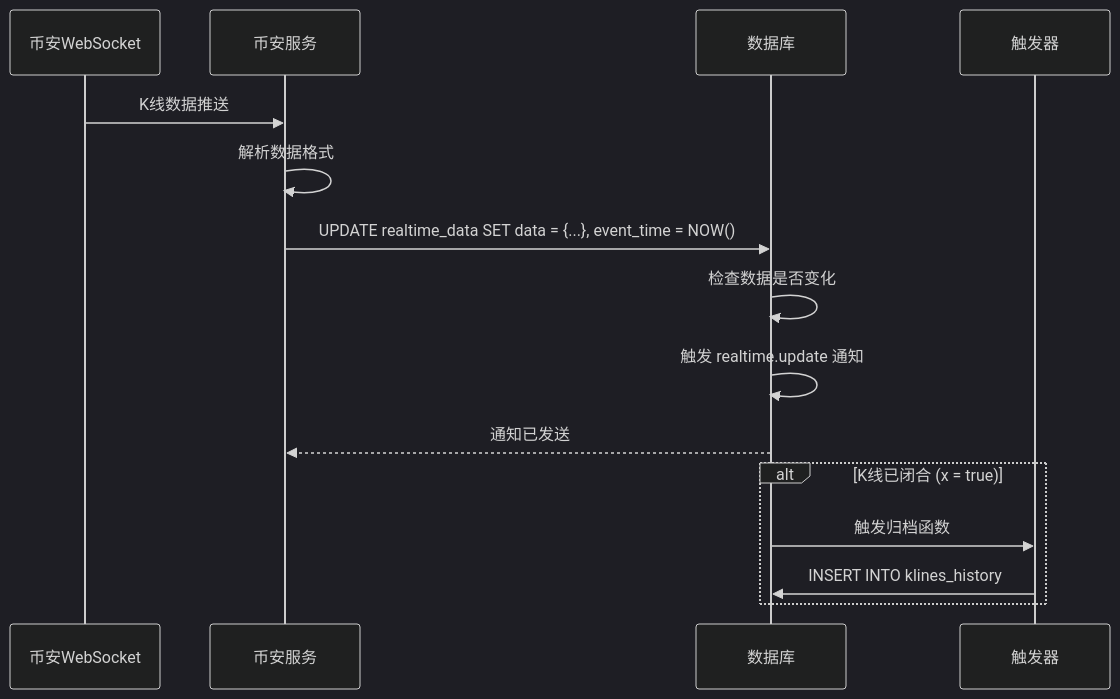
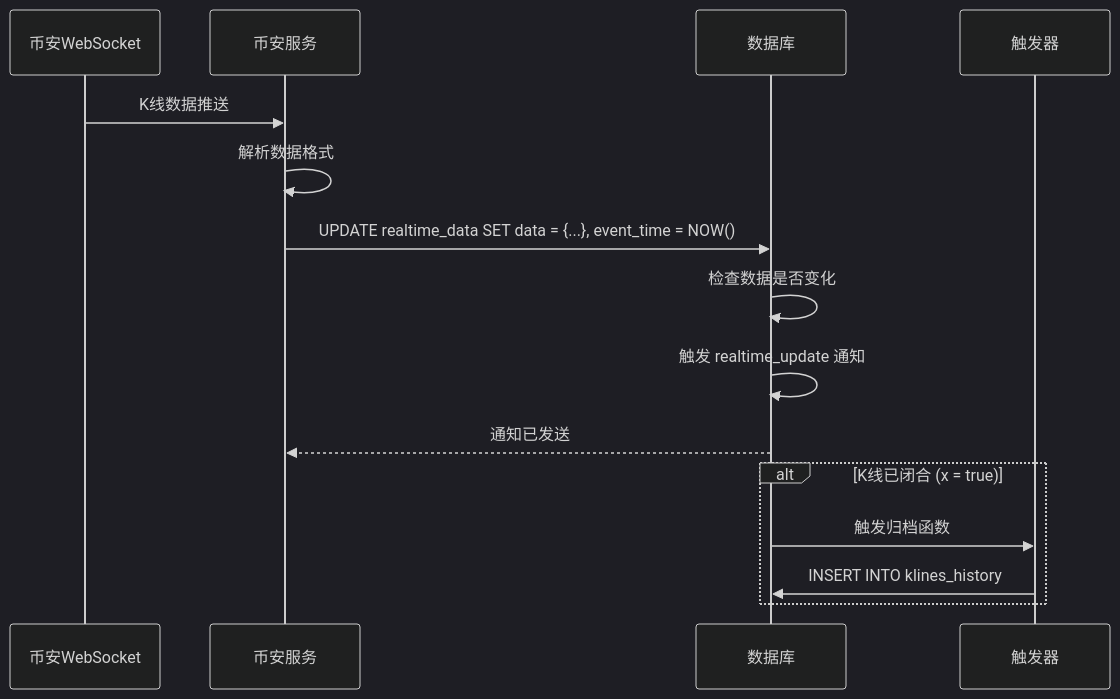
One commit to mj2154/quant-trading-system-2602 changed the second of 7 diagrams in docs/backend/design/03-binance-service.md. Above: the diagram before and after it, drawn with Mermaid (dark theme). The commit also changed other lines of this file and 32 other files, not shown here.

````diff
--- a/docs/backend/design/03-binance-service.md
+++ b/docs/backend/design/03-binance-service.md
@@ -87,19 +87,19 @@
 ```mermaid
 sequenceDiagram
     participant BWS as 币安WebSocket
     participant BN as 币安服务
     participant DB as 数据库
     participant Trigger as 触发器
 
     BWS->>BN: K线数据推送
     BN->>BN: 解析数据格式
     BN->>DB: UPDATE realtime_data SET data = {...}, event_time = NOW()
     DB->>DB: 检查数据是否变化
-    DB->>DB: 触发 realtime.update 通知
+    DB->>DB: 触发 realtime_update 通知
     DB-->>BN: 通知已发送
 
     alt K线已闭合 (x = true)
         DB->>Trigger: 触发归档函数
         Trigger->>DB: INSERT INTO klines_history
     end
 ```
````
